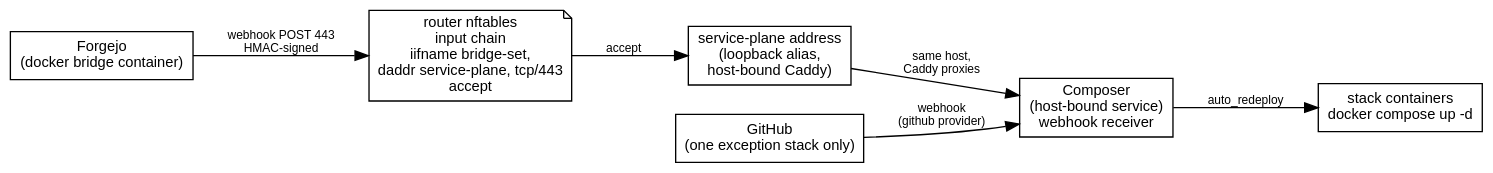
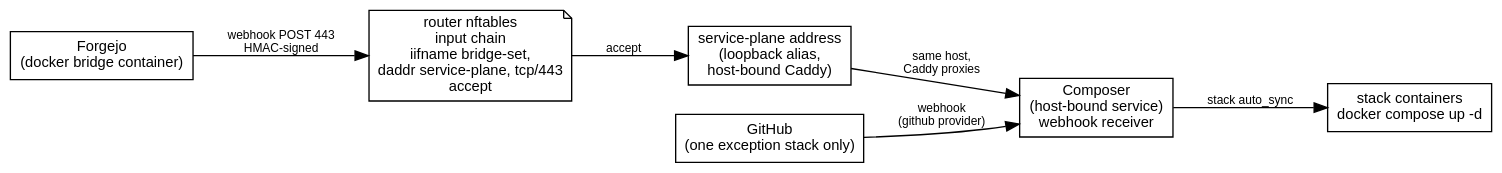
Before and after one commit to erfianugrah/lexicanum: the diagram in src/content/docs/guides/forgejo-webhooks-composer-gitops.mdx, drawn with Graphviz. The commit also changed other lines of this file, not shown here.

Commit message:
docs: clarify composer auto-sync gate

````diff
--- a/src/content/docs/guides/forgejo-webhooks-composer-gitops.mdx
+++ b/src/content/docs/guides/forgejo-webhooks-composer-gitops.mdx
@@ -34,19 +34,19 @@
 ```dot
 digraph {
   rankdir=LR; bgcolor="transparent"; nodesep=0.3; ranksep=0.7;
   fontname="Helvetica,Arial,sans-serif";
   node [fontname="Helvetica,Arial,sans-serif", fontsize=11, shape=box];
   edge [fontname="Helvetica,Arial,sans-serif", fontsize=9];
   forgejo [label="Forgejo\n(docker bridge container)"];
   nft [label="router nftables\ninput chain\niifname bridge-set,\ndaddr service-plane, tcp/443\naccept", shape=note];
   svc [label="service-plane address\n(loopback alias,\nhost-bound Caddy)"];
   composer [label="Composer\n(host-bound service)\nwebhook receiver"];
   stack [label="stack containers\ndocker compose up -d"];
   github [label="GitHub\n(one exception stack only)"];
   forgejo -> nft [label="webhook POST 443\nHMAC-signed"];
   nft -> svc [label="accept"];
   svc -> composer [label="same host,\nCaddy proxies"];
-  composer -> stack [label="auto_redeploy"];
+  composer -> stack [label="stack auto_sync"];
   github -> composer [label="webhook\n(github provider)"];
 }
 ```
````
